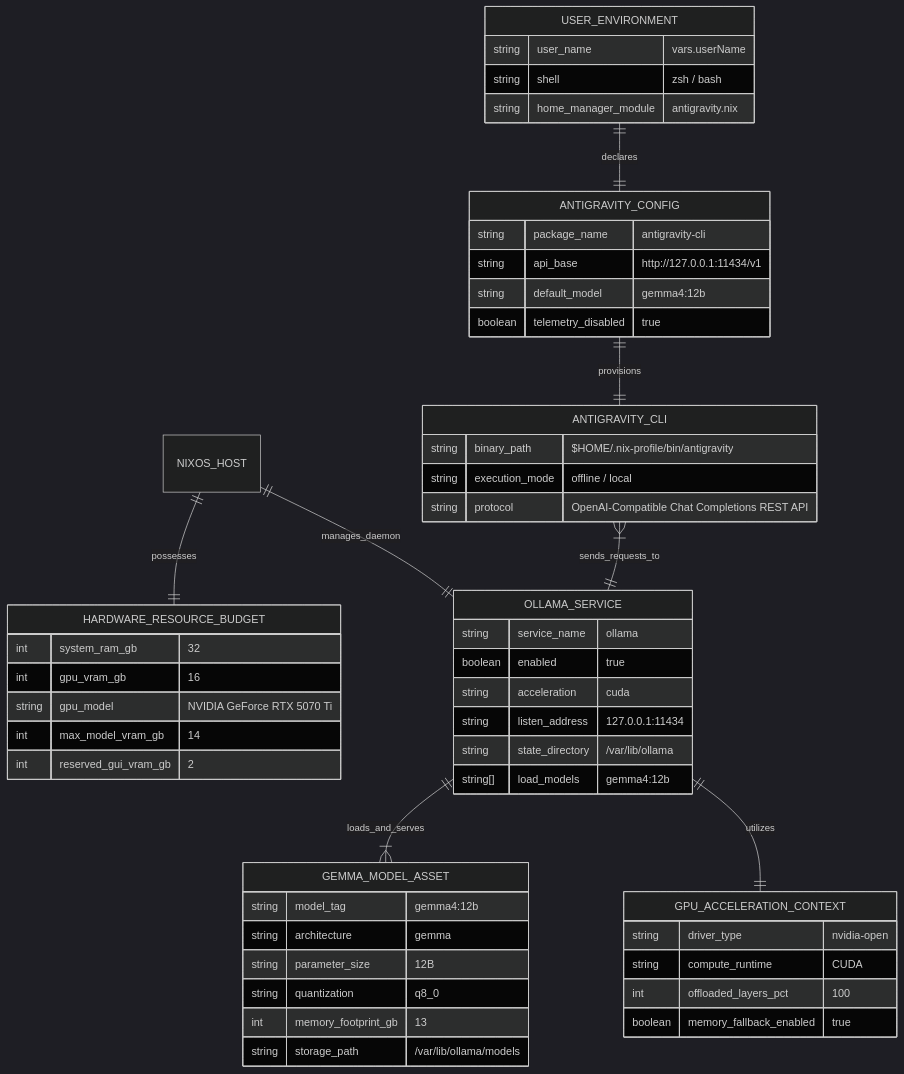
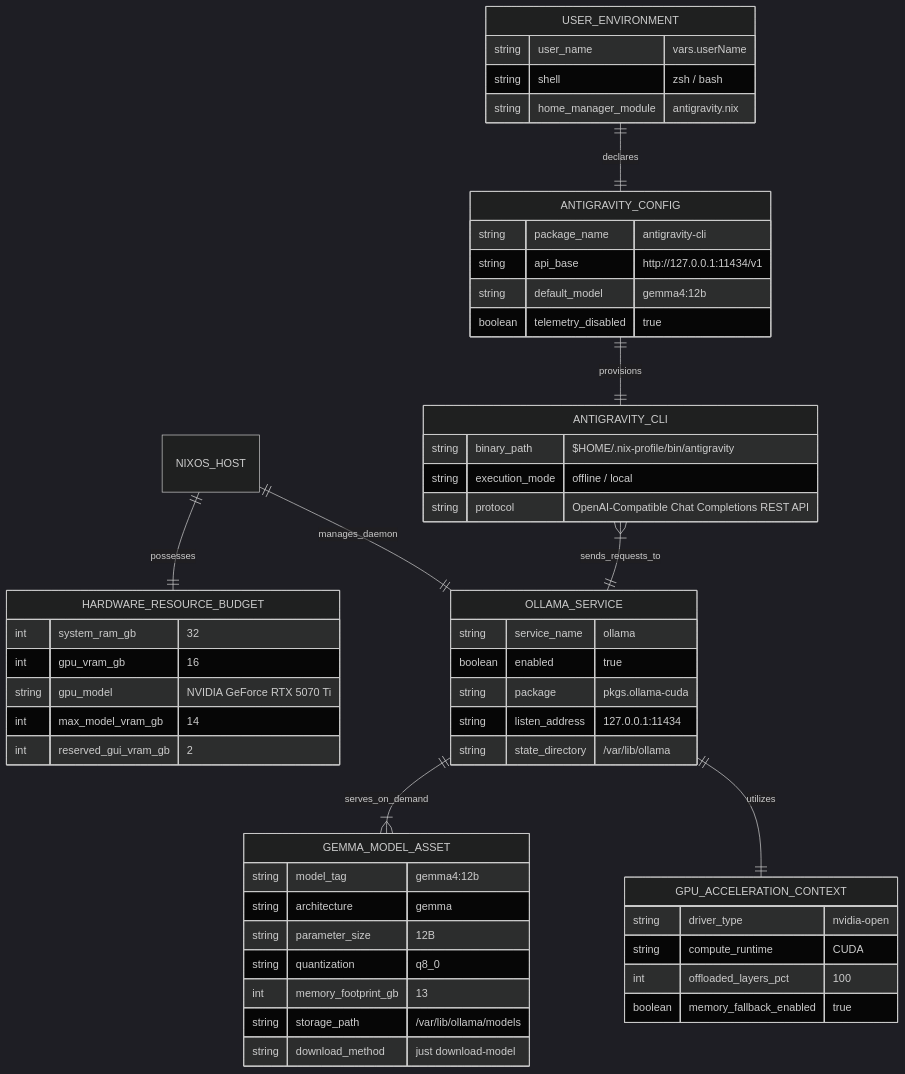
The first of 2 diagrams in specs/004-local-gemma-antigravity/data-model.md (lvaylet/my-desktop-nixos-config), drawn with Mermaid (dark theme) before and after one commit. The commit also changed other lines of this file and 9 other files, not shown here.

````diff
--- a/specs/004-local-gemma-antigravity/data-model.md
+++ b/specs/004-local-gemma-antigravity/data-model.md
@@ -7,62 +7,62 @@
 ```mermaid
 erDiagram
     NIXOS_HOST ||--|| HARDWARE_RESOURCE_BUDGET : possesses
     NIXOS_HOST ||--|| OLLAMA_SERVICE : manages_daemon
-    OLLAMA_SERVICE ||--|{ GEMMA_MODEL_ASSET : loads_and_serves
+    OLLAMA_SERVICE ||--|{ GEMMA_MODEL_ASSET : serves_on_demand
     OLLAMA_SERVICE ||--|| GPU_ACCELERATION_CONTEXT : utilizes
     USER_ENVIRONMENT ||--|| ANTIGRAVITY_CONFIG : declares
     ANTIGRAVITY_CONFIG ||--|| ANTIGRAVITY_CLI : provisions
     ANTIGRAVITY_CLI }|--|| OLLAMA_SERVICE : sends_requests_to
 
     HARDWARE_RESOURCE_BUDGET {
         int system_ram_gb "32"
         int gpu_vram_gb "16"
         string gpu_model "NVIDIA GeForce RTX 5070 Ti"
         int max_model_vram_gb "14"
         int reserved_gui_vram_gb "2"
     }
 
     OLLAMA_SERVICE {
         string service_name "ollama"
         boolean enabled "true"
-        string acceleration "cuda"
+        string package "pkgs.ollama-cuda"
         string listen_address "127.0.0.1:11434"
         string state_directory "/var/lib/ollama"
-        string[] load_models "gemma4:12b"
     }
 
     GEMMA_MODEL_ASSET {
         string model_tag "gemma4:12b"
         string architecture "gemma"
         string parameter_size "12B"
         string quantization "q8_0"
         int memory_footprint_gb "13"
         string storage_path "/var/lib/ollama/models"
+        string download_method "just download-model"
     }
 
     GPU_ACCELERATION_CONTEXT {
         string driver_type "nvidia-open"
         string compute_runtime "CUDA"
         int offloaded_layers_pct "100"
         boolean memory_fallback_enabled "true"
     }
 
     USER_ENVIRONMENT {
         string user_name "vars.userName"
         string shell "zsh / bash"
         string home_manager_module "antigravity.nix"
     }
 
     ANTIGRAVITY_CONFIG {
         string package_name "antigravity-cli"
         string api_base "http://127.0.0.1:11434/v1"
         string default_model "gemma4:12b"
         boolean telemetry_disabled "true"
     }
 
     ANTIGRAVITY_CLI {
         string binary_path "$HOME/.nix-profile/bin/antigravity"
         string execution_mode "offline / local"
         string protocol "OpenAI-Compatible Chat Completions REST API"
     }
 ```
````
